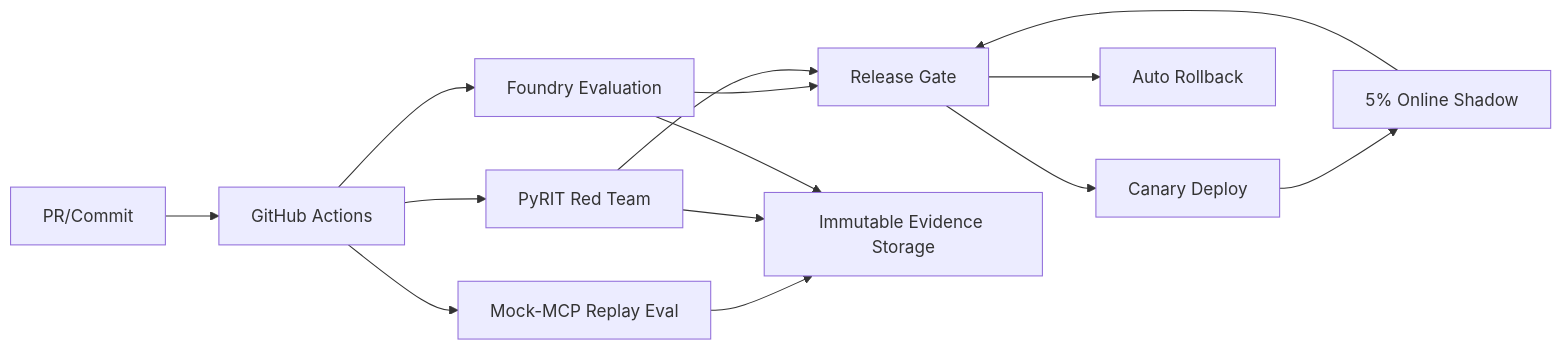
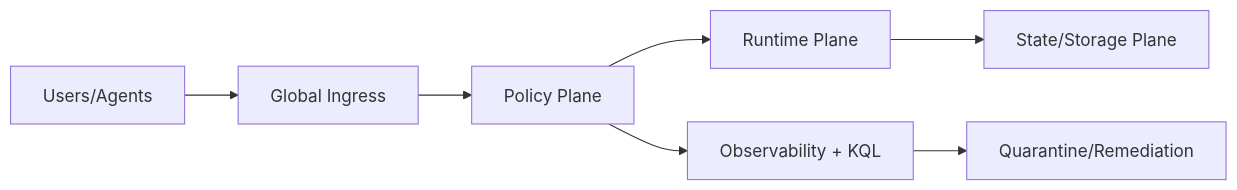
Before and after one commit to turbo998/ai-infra-lab: the first of 2 diagrams in workshops/azure-agent-infra/acs-aoai-realtime-webrtc-voice-agent-turn-bargein-faq-r1101.en.md, drawn with Mermaid. The commit also changed other lines of this file and 40 other files, not shown here.

````diff
--- a/workshops/azure-agent-infra/acs-aoai-realtime-webrtc-voice-agent-turn-bargein-faq-r1101.en.md
+++ b/workshops/azure-agent-infra/acs-aoai-realtime-webrtc-voice-agent-turn-bargein-faq-r1101.en.md
@@ -43,25 +134,9 @@
 ```mermaid
 flowchart LR
-  PR[PR/Commit]
-  GH[GitHub Actions]
-  MOCK[Mock-MCP Replay Eval]
-  PYRIT[PyRIT Red Team]
-  FDRY[Foundry Evaluation]
-  SHADOW[5% Online Shadow]
-  GATE[Release Gate]
-  CANARY[Canary Deploy]
-  ROLLBACK[Auto Rollback]
-  WORM[Immutable Evidence Storage]
-
-  PR --> GH --> MOCK
-  GH --> PYRIT
-  GH --> FDRY
-  FDRY --> GATE
-  PYRIT --> GATE
-  GATE --> CANARY --> SHADOW
-  SHADOW --> GATE
-  GATE --> ROLLBACK
-  MOCK --> WORM
-  PYRIT --> WORM
-  FDRY --> WORM
+  U[Users/Agents] --> G[Global Ingress]
+  G --> P[Policy Plane]
+  P --> R[Runtime Plane]
+  R --> S[State/Storage Plane]
+  P --> O[Observability + KQL]
+  O --> Q[Quarantine/Remediation]
 ```
````
